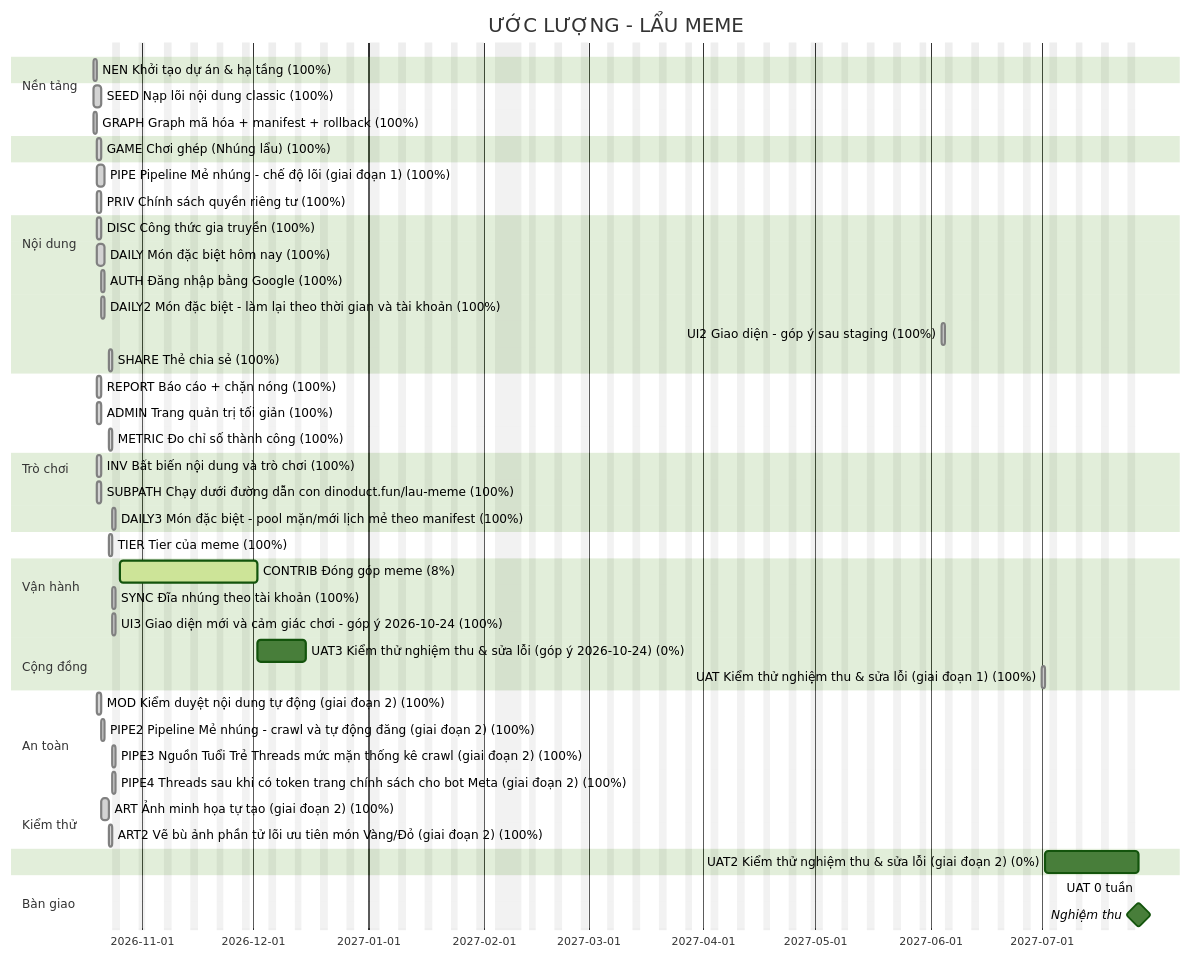
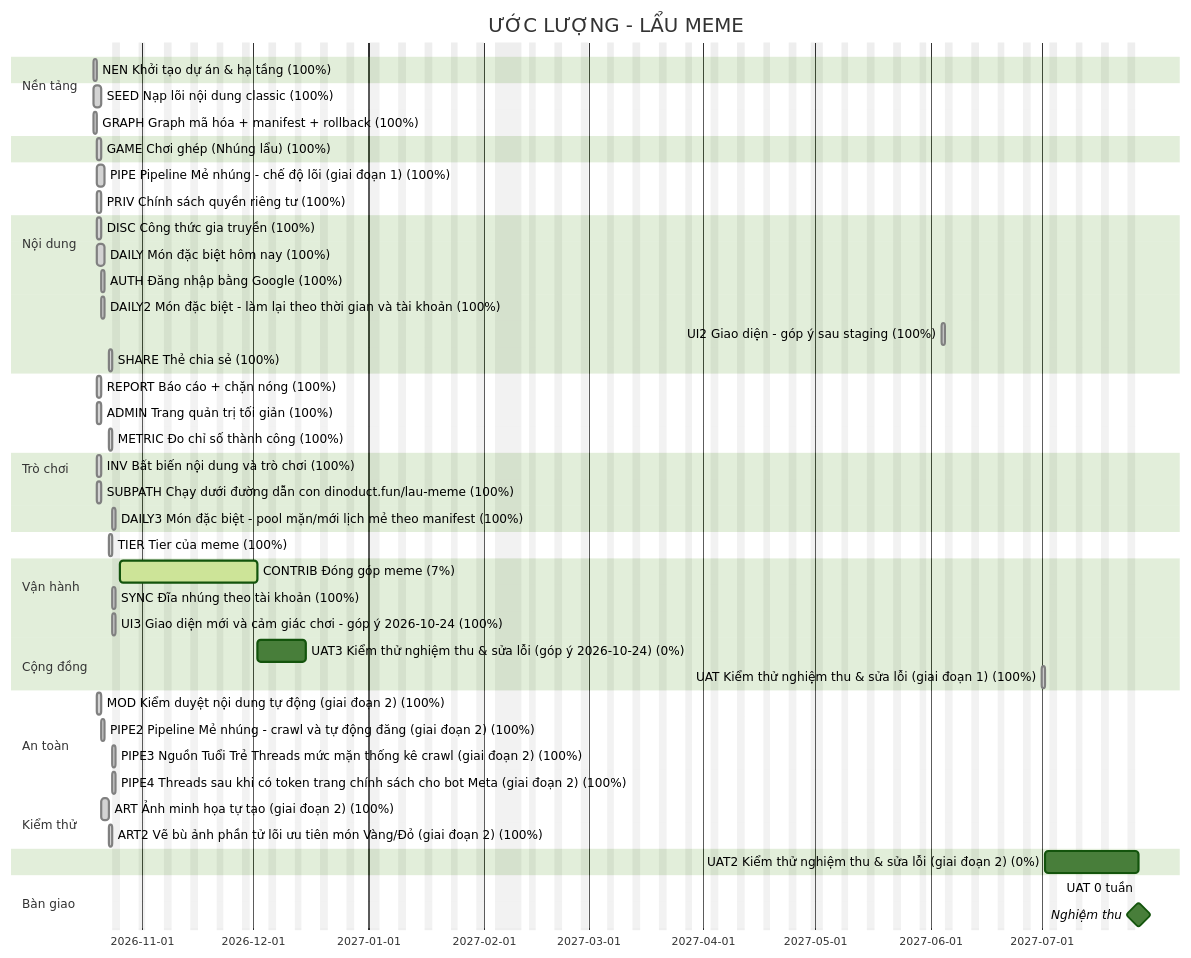
The diagram in docs/plan/gantt.md (thucnq/lau-meme), drawn with Mermaid (forest theme) before and after one commit. The commit also changed 4 other files, not shown here.

````diff
--- a/docs/plan/gantt.md
+++ b/docs/plan/gantt.md
@@ -5,62 +5,62 @@
 ```mermaid
 gantt
     title ƯỚC LƯỢNG - LẨU MEME
     dateFormat YYYY-MM-DD
     excludes weekends, 2027-01-01, 2027-02-04, 2027-02-05, 2027-02-06, 2027-02-07, 2027-02-08, 2027-02-09, 2027-02-10, 2027-04-30, 2027-05-01, 2027-09-02
     todayMarker stroke-width:2px,stroke:#d33
     section Nền tảng
     NEN Khởi tạo dự án & hạ tầng (100%) :done, NEN, 2026-10-19, 1d
     section Nội dung
     SEED Nạp lõi nội dung classic (100%) :done, SEED, 2026-10-19, 2d
     GRAPH Graph mã hóa + manifest + rollback (100%) :done, GRAPH, 2026-10-19, 1d
     section Trò chơi
     GAME Chơi ghép (Nhúng lẩu) (100%) :done, GAME, 2026-10-20, 1d
     section Nội dung
     PIPE Pipeline Mẻ nhúng - chế độ lõi (giai đoạn 1) (100%) :done, PIPE, 2026-10-20, 2d
     section Vận hành
     PRIV Chính sách quyền riêng tư (100%) :done, PRIV, 2026-10-20, 1d
     section Cộng đồng
     DISC Công thức gia truyền (100%) :done, DISC, 2026-10-20, 1d
     section Trò chơi
     DAILY Món đặc biệt hôm nay (100%) :done, DAILY, 2026-10-20, 2d
     section Cộng đồng
     AUTH Đăng nhập bằng Google (100%) :done, AUTH, 2026-10-21, 1d
     section Trò chơi
     DAILY2 Món đặc biệt - làm lại theo thời gian và tài khoản (100%) :done, DAILY2, 2026-10-21, 1d
     UI2 Giao diện - góp ý sau staging (100%) :done, UI2, 2027-06-04, 1d
     section Cộng đồng
     SHARE Thẻ chia sẻ (100%) :done, SHARE, 2026-10-23, 1d
     section An toàn
     REPORT Báo cáo + chặn nóng (100%) :done, REPORT, 2026-10-20, 1d
     ADMIN Trang quản trị tối giản (100%) :done, ADMIN, 2026-10-20, 1d
     section Vận hành
     METRIC Đo chỉ số thành công (100%) :done, METRIC, 2026-10-23, 1d
     section Kiểm thử
     INV Bất biến nội dung và trò chơi (100%) :done, INV, 2026-10-20, 1d
     section Nền tảng
     SUBPATH Chạy dưới đường dẫn con dinoduct.fun/lau-meme (100%) :done, SUBPATH, 2026-10-20, 1d
     section Trò chơi
     DAILY3 Món đặc biệt - pool mặn/mới  lịch mẻ theo manifest (100%) :done, DAILY3, 2026-10-24, 1d
     section Nội dung
     TIER Tier của meme (100%) :done, TIER, 2026-10-23, 1d
     section Cộng đồng
-    CONTRIB Đóng góp meme (8%) :active, CONTRIB, 2026-10-26, 27d
+    CONTRIB Đóng góp meme (7%) :active, CONTRIB, 2026-10-26, 27d
     section Trò chơi
     SYNC Đĩa nhúng theo tài khoản (100%) :done, SYNC, 2026-10-24, 1d
     UI3 Giao diện mới và cảm giác chơi - góp ý 2026-10-24 (100%) :done, UI3, 2026-10-24, 1d
     section Kiểm thử
     UAT3 Kiểm thử nghiệm thu & sửa lỗi (góp ý 2026-10-24) (0%) :UAT3, 2026-12-02, 9d
     UAT Kiểm thử nghiệm thu & sửa lỗi (giai đoạn 1) (100%) :done, UAT, 2027-07-01, 1d
     section Nội dung
     MOD Kiểm duyệt nội dung tự động (giai đoạn 2) (100%) :done, MOD, 2026-10-20, 1d
     PIPE2 Pipeline Mẻ nhúng - crawl và tự động đăng (giai đoạn 2) (100%) :done, PIPE2, 2026-10-21, 1d
     PIPE3 Nguồn Tuổi Trẻ  Threads  mức mặn  thống kê crawl (giai đoạn 2) (100%) :done, PIPE3, 2026-10-24, 1d
     PIPE4 Threads sau khi có token  trang chính sách cho bot Meta (giai đoạn 2) (100%) :done, PIPE4, 2026-10-24, 1d
     ART Ảnh minh họa tự tạo (giai đoạn 2) (100%) :done, ART, 2026-10-21, 2d
     ART2 Vẽ bù ảnh phần tử lõi  ưu tiên món Vàng/Đỏ (giai đoạn 2) (100%) :done, ART2, 2026-10-23, 1d
     section Kiểm thử
     UAT2 Kiểm thử nghiệm thu & sửa lỗi (giai đoạn 2) (0%) :UAT2, 2027-07-02, 17d
     section Bàn giao
     UAT 0 tuần :uat, 2027-07-27, 0d
     Nghiệm thu :milestone, 2027-07-27, 0d
 ```
````
